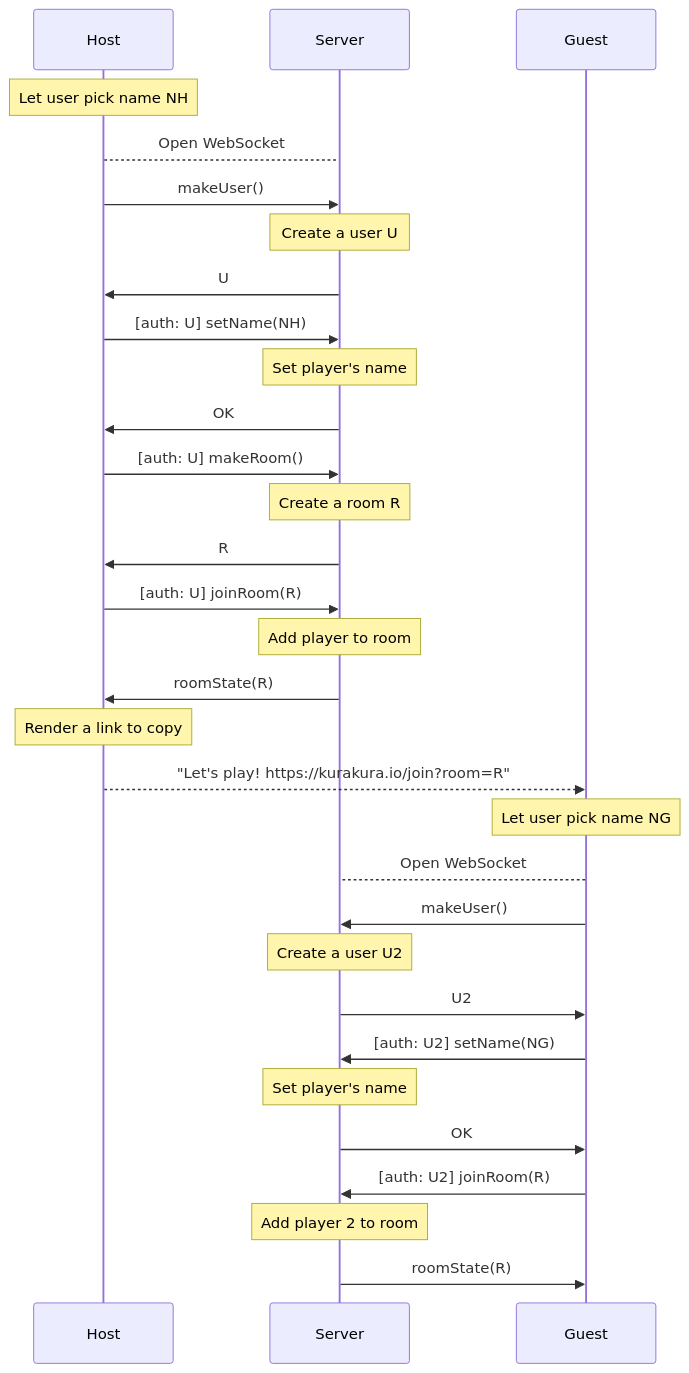
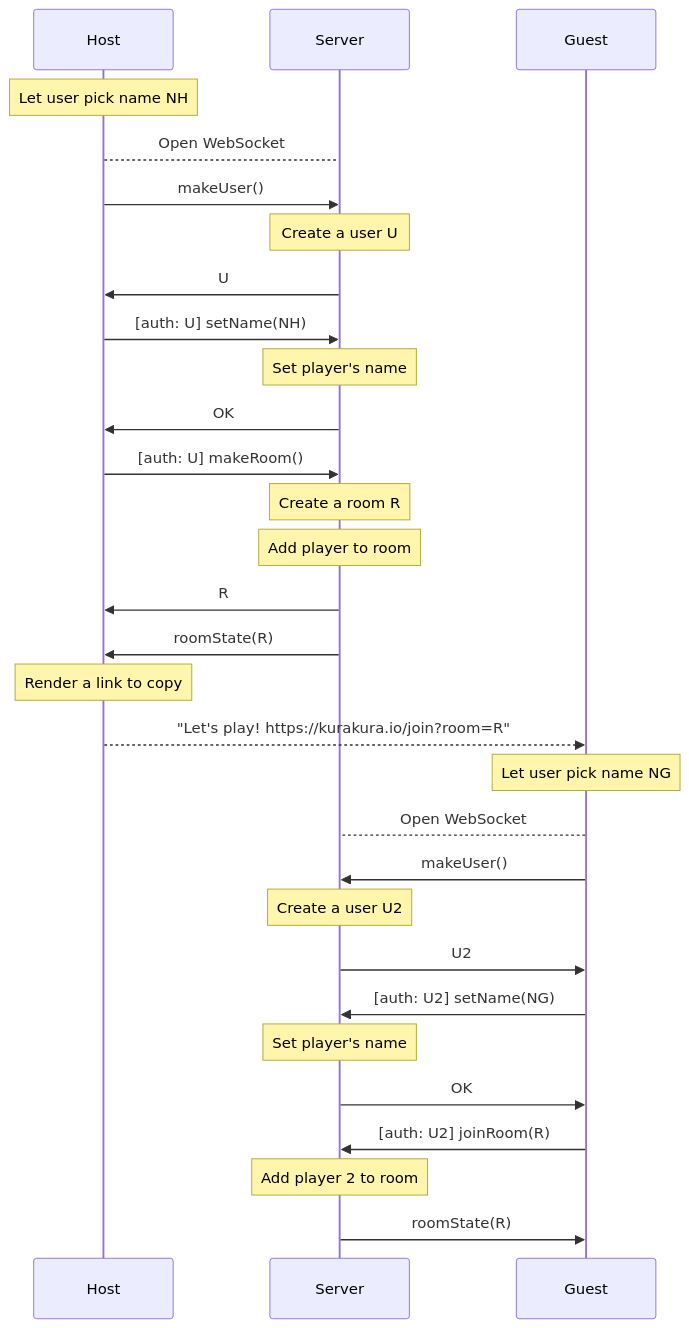
The first of 2 diagrams in spec.md (acotis/KuraKura), drawn with Mermaid before and after one commit. The commit also changed 4 other files, not shown here.

````diff
--- a/spec.md
+++ b/spec.md
@@ -21,30 +21,29 @@
 ```mermaid
 sequenceDiagram
 Note over Host: Let user pick name NH
 Host --> Server: Open WebSocket
 Host ->> Server: makeUser()
 Note over Server: Create a user U
 Server ->> Host: U
 Host ->> Server: [auth: U] setName(NH)
 Note over Server: Set player's name
 Server ->> Host: OK
 Host ->> Server: [auth: U] makeRoom()
 Note over Server: Create a room R
+Note over Server: Add player to room
 Server ->> Host: R
-Host ->> Server: [auth: U] joinRoom(R)
-Note over Server: Add player to room
 Server ->> Host: roomState(R)
 Note over Host: Render a link to copy
 Host -->> Guest: "Let's play! https://kurakura.io/join?room=R"
 Note over Guest: Let user pick name NG
 Guest --> Server: Open WebSocket
 Guest ->> Server: makeUser()
 Note over Server: Create a user U2
 Server ->> Guest: U2
 Guest ->> Server: [auth: U2] setName(NG)
 Note over Server: Set player's name
 Server ->> Guest: OK
 Guest ->> Server: [auth: U2] joinRoom(R)
 Note over Server: Add player 2 to room
 Server ->> Guest: roomState(R)
 ```
````
